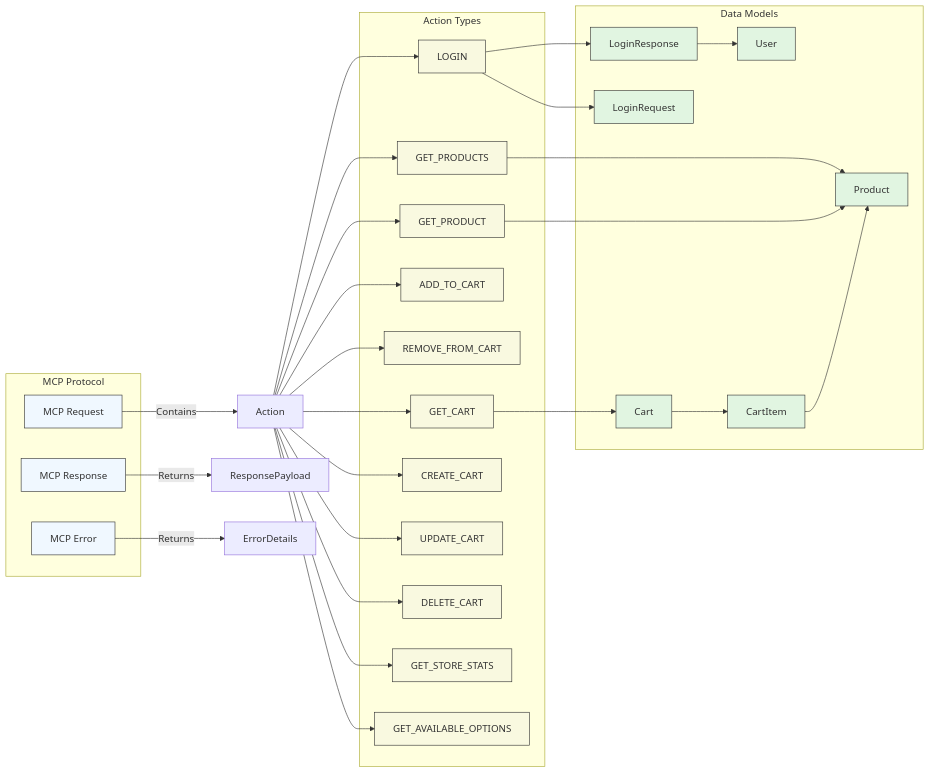
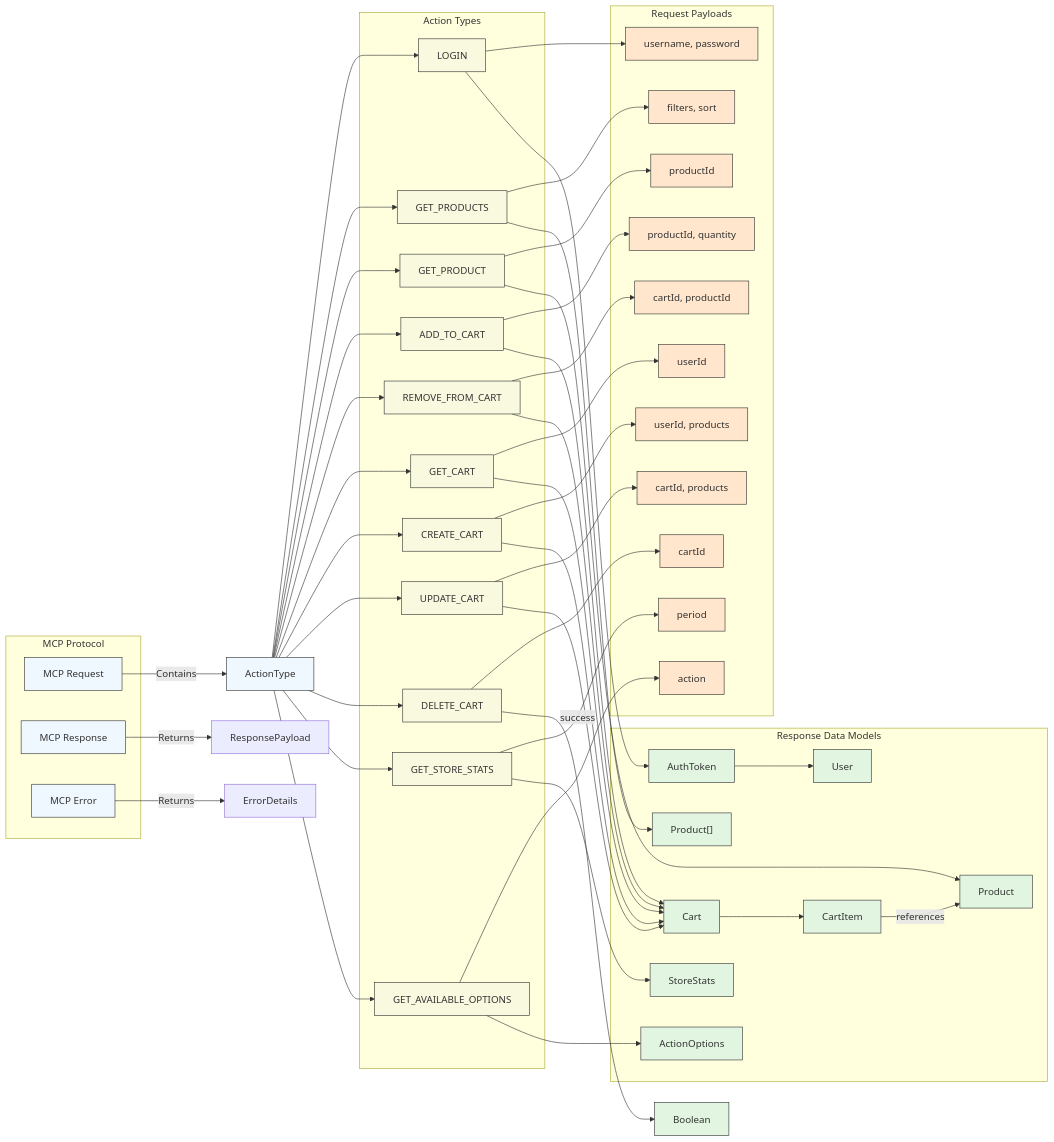
The fourth of 4 diagrams in README.md (berkdurmus/fakestore-mcp), drawn with Mermaid before and after one commit. The commit also changed other lines of this file, not shown here.

````diff
--- a/README.md
+++ b/README.md
@@ -269,38 +196,79 @@
         GetOptions["GET_AVAILABLE_OPTIONS"]
     end
     
-    subgraph "Data Models"
+    subgraph "Request Payloads"
+        LoginReq["username, password"]
+        GetProductsReq["filters, sort"]
+        GetProductReq["productId"]
+        AddToCartReq["productId, quantity"]
+        RemoveFromCartReq["cartId, productId"]
+        GetCartReq["userId"]
+        CreateCartReq["userId, products"]
+        UpdateCartReq["cartId, products"]
+        DeleteCartReq["cartId"]
+        GetStatsReq["period"]
+        GetOptionsReq["action"]
+    end
+    
+    subgraph "Response Data Models"
         User["User"]
         Product["Product"]
+        Products["Product[]"]
         Cart["Cart"]
         CartItem["CartItem"]
-        LoginRequest["LoginRequest"]
-        LoginResponse["LoginResponse"]
+        Options["ActionOptions"]
+        Stats["StoreStats"]
+        Token["AuthToken"]
     end
     
-    MCPRequest --> |Contains| Action
-    Action --> Login & GetProducts & GetProduct & AddToCart & RemoveFromCart & GetCart & CreateCart & UpdateCart & DeleteCart & GetStoreStats & GetOptions
-    
+    %% Core Protocol Flow
+    MCPRequest --> |Contains| ActionType
+    ActionType --> Login & GetProducts & GetProduct & AddToCart & RemoveFromCart & GetCart & CreateCart & UpdateCart & DeleteCart & GetStoreStats & GetOptions
     MCPResponse --> |Returns| ResponsePayload
     MCPError --> |Returns| ErrorDetails
     
-    Login --> LoginRequest
-    Login --> LoginResponse
+    %% Action to Payload Mapping
+    Login --> LoginReq
+    GetProducts --> GetProductsReq
+    GetProduct --> GetProductReq
+    AddToCart --> AddToCartReq
+    RemoveFromCart --> RemoveFromCartReq
+    GetCart --> GetCartReq
+    CreateCart --> CreateCartReq
+    UpdateCart --> UpdateCartReq
+    DeleteCart --> DeleteCartReq
+    GetStoreStats --> GetStatsReq
+    GetOptions --> GetOptionsReq
     
-    LoginResponse --> User
-    GetProducts --> Product
+    %% Response Mapping
+    Login --> Token
+    Token --> User
+    
+    GetProducts --> Products
     GetProduct --> Product
+    
+    AddToCart --> Cart
+    RemoveFromCart --> Cart
     GetCart --> Cart
+    CreateCart --> Cart
+    UpdateCart --> Cart
+    DeleteCart --> |success| Boolean
+    
+    GetStoreStats --> Stats
+    GetOptions --> Options
+    
     Cart --> CartItem
-    CartItem --> Product
+    CartItem --> |references| Product
     
     %% Define styling
     classDef protocol fill:#f0f8ff,stroke:#333,stroke-width:1px
     classDef actionType fill:#f9f9e0,stroke:#333,stroke-width:1px
+    classDef payload fill:#ffe6cc,stroke:#333,stroke-width:1px
     classDef dataModel fill:#e1f5e1,stroke:#333,stroke-width:1px
     
     %% Apply styling
-    class MCPRequest,MCPResponse,MCPError protocol
+    class MCPRequest,MCPResponse,MCPError,ActionType protocol
     class Login,GetProducts,GetProduct,AddToCart,RemoveFromCart,GetCart,CreateCart,UpdateCart,DeleteCart,GetStoreStats,GetOptions actionType
-    class User,Product,Cart,CartItem,LoginRequest,LoginResponse dataModel
+    class LoginReq,GetProductsReq,GetProductReq,AddToCartReq,RemoveFromCartReq,GetCartReq,CreateCartReq,UpdateCartReq,DeleteCartReq,GetStatsReq,GetOptionsReq payload
+    class User,Product,Products,Cart,CartItem,Options,Stats,Token,Boolean dataModel
 ```
````
